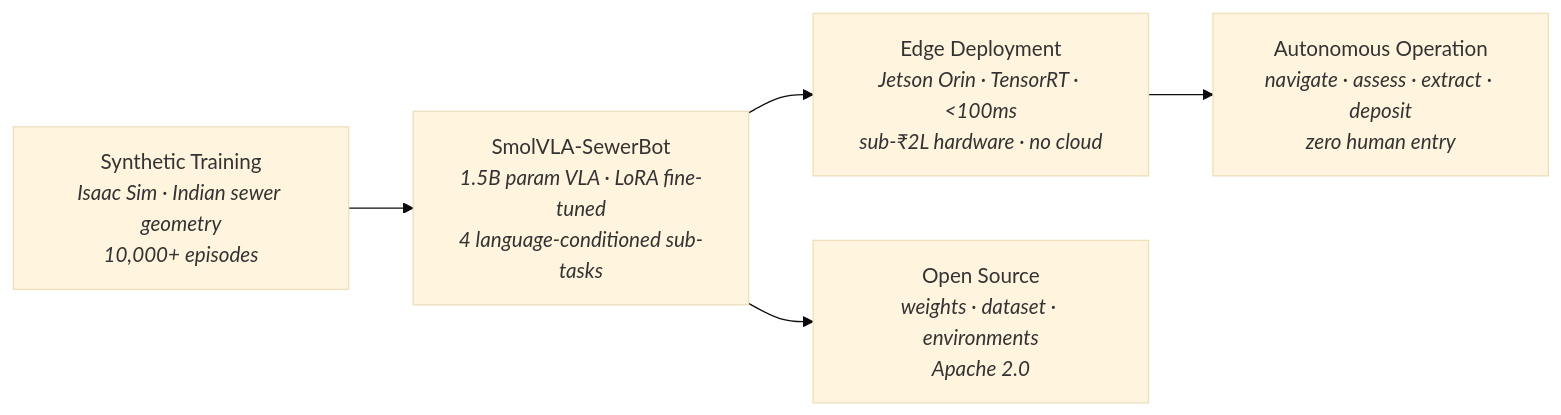
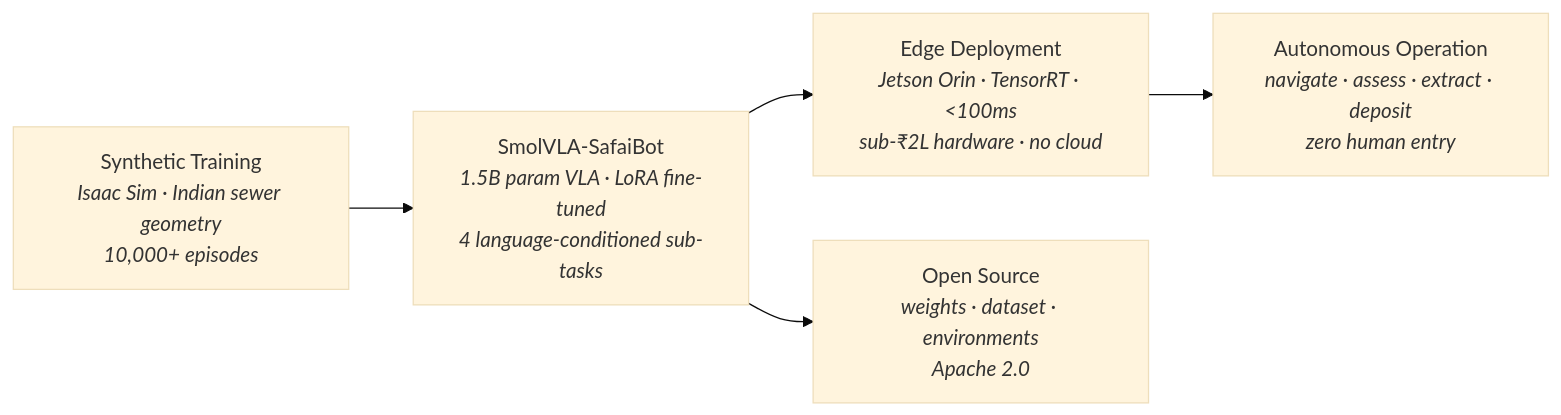
One commit to saralsystems/safai-vla changed the diagram in assets/architecture.mermaid. Above: the diagram before and after it, drawn with Mermaid (base theme). The commit also changed 22 other files, not shown here.

First line of the commit message:
Rebrand sewer-vla to SafAI VLA

```diff
--- a/assets/architecture.mermaid
+++ b/assets/architecture.mermaid
@@ -1,8 +1,8 @@
 graph LR
     SIM["Synthetic Training<br/><i>Isaac Sim · Indian sewer geometry<br/>10,000+ episodes</i>"]
-    MODEL["SmolVLA-SewerBot<br/><i>1.5B param VLA · LoRA fine-tuned<br/>4 language-conditioned sub-tasks</i>"]
+    MODEL["SmolVLA-SafaiBot<br/><i>1.5B param VLA · LoRA fine-tuned<br/>4 language-conditioned sub-tasks</i>"]
     EDGE["Edge Deployment<br/><i>Jetson Orin · TensorRT · &lt;100ms<br/>sub-₹2L hardware · no cloud</i>"]
     ROBOT["Autonomous Operation<br/><i>navigate · assess · extract · deposit<br/>zero human entry</i>"]
     SIM --> MODEL --> EDGE --> ROBOT
     OPEN["Open Source<br/><i>weights · dataset · environments<br/>Apache 2.0</i>"]
     MODEL --> OPEN
```
